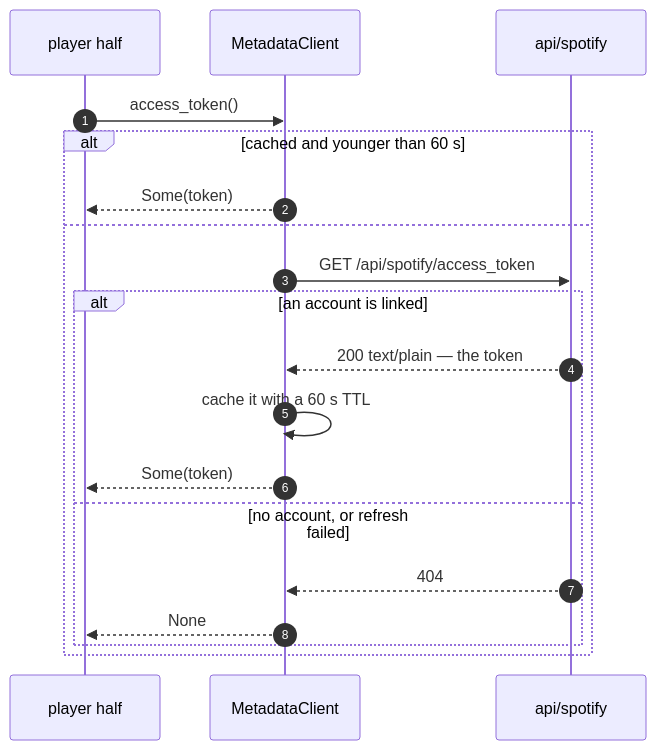
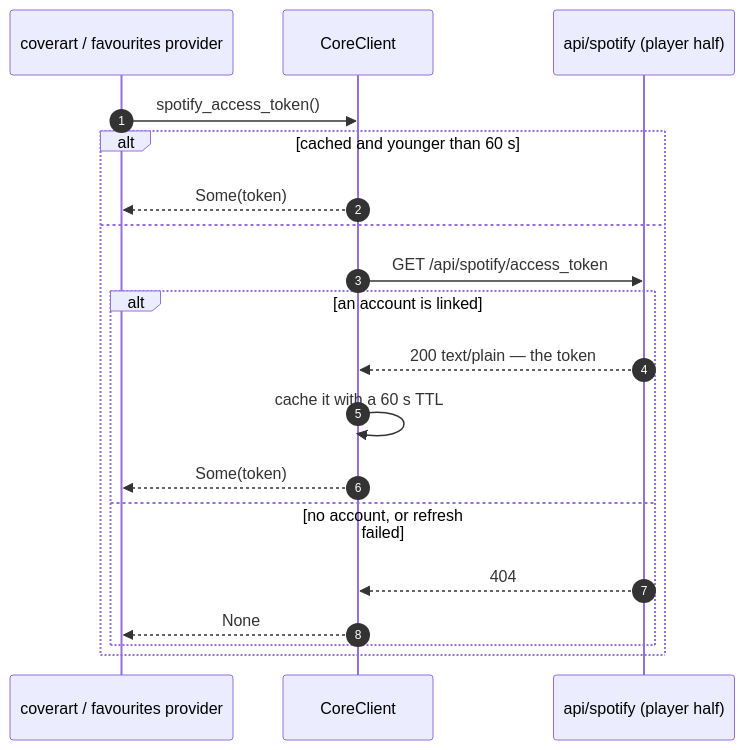
Before and after one commit to hifiberry/acr: the sixth of 8 diagrams in doc/communications.md, drawn with Mermaid. The commit also changed other lines of this file and 24 other files, not shown here.

````diff
--- a/doc/communications.md
+++ b/doc/communications.md
@@ -435,22 +444,22 @@
 ```mermaid
 sequenceDiagram
     autonumber
-    participant P as player half
-    participant MC as MetadataClient
-    participant SP as api/spotify
+    participant PR as coverart / favourites provider
+    participant CC as CoreClient
+    participant SP as api/spotify (player half)
 
-    P->>MC: access_token()
+    PR->>CC: spotify_access_token()
     alt cached and younger than 60 s
-        MC-->>P: Some(token)
+        CC-->>PR: Some(token)
     else
-        MC->>SP: GET /api/spotify/access_token
+        CC->>SP: GET /api/spotify/access_token
         alt an account is linked
-            SP-->>MC: 200 text/plain — the token
-            MC->>MC: cache it with a 60 s TTL
-            MC-->>P: Some(token)
+            SP-->>CC: 200 text/plain — the token
+            CC->>CC: cache it with a 60 s TTL
+            CC-->>PR: Some(token)
         else no account, or refresh failed
-            SP-->>MC: 404
-            MC-->>P: None
+            SP-->>CC: 404
+            CC-->>PR: None
         end
     end
 ```
````
